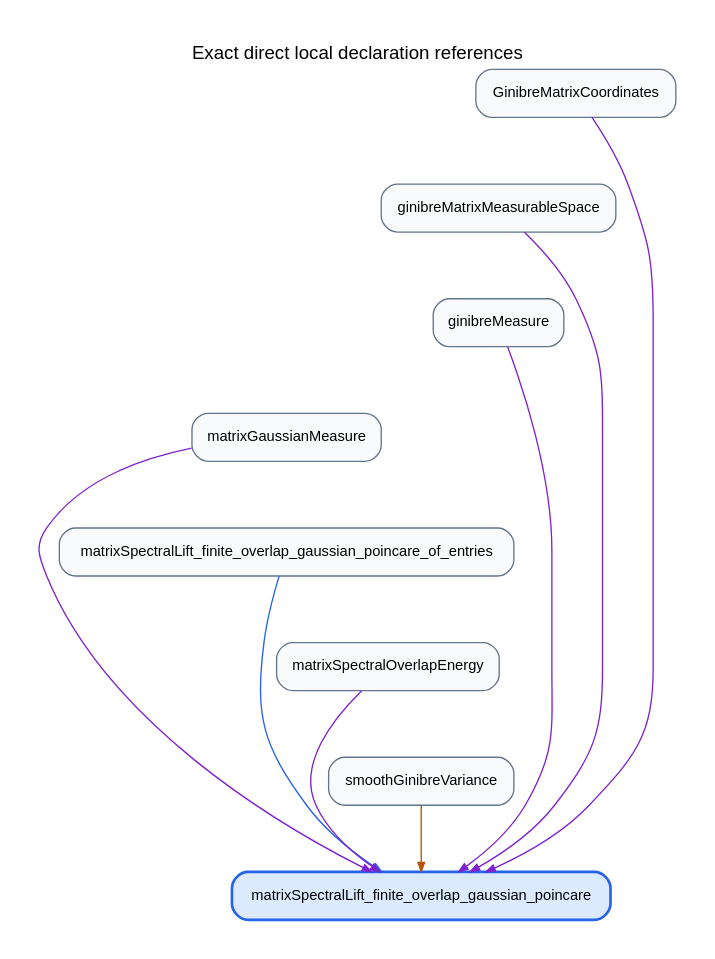
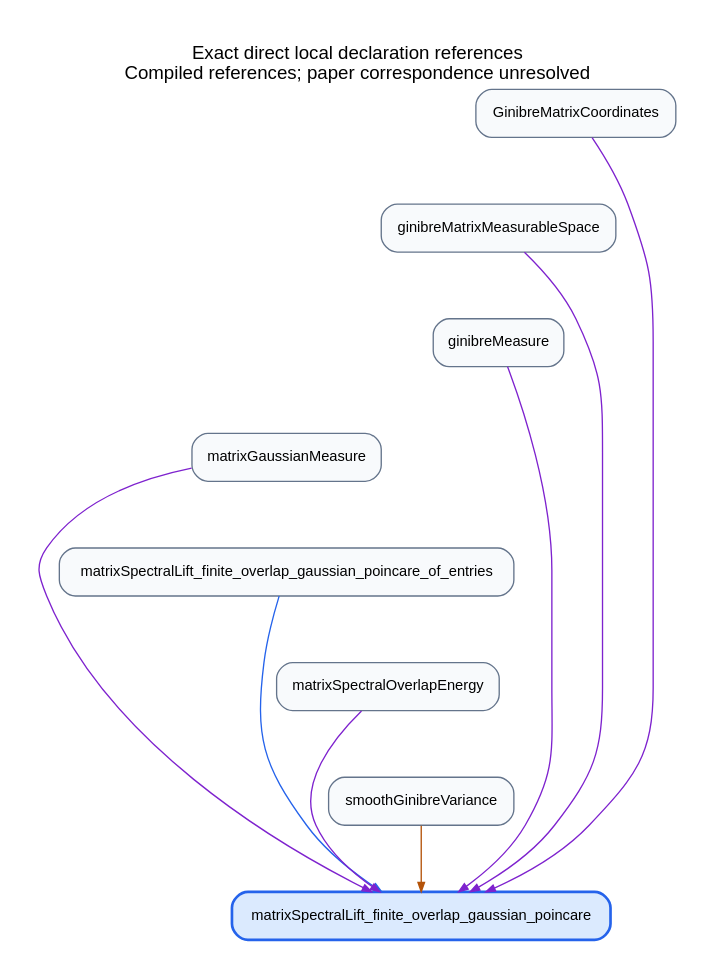
One commit to djalilchafai/ginibre-poincare changed the diagram in diagrams/formal-matrixSpectralLift_finite_overlap_gaussian_poincare.dot. Above: the diagram before and after it, drawn with Graphviz. The commit also changed 68 other files, not shown here.

Commit message:
Synchronize all documentation and dependency graphics with correspondence review

```diff
--- a/diagrams/formal-matrixSpectralLift_finite_overlap_gaussian_poincare.dot
+++ b/diagrams/formal-matrixSpectralLift_finite_overlap_gaussian_poincare.dot
@@ -1,27 +1,27 @@
 digraph formal_dependencies {
 rankdir=TB;
-graph [bgcolor="white", pad="0.3", nodesep="0.25", ranksep="0.7", label="Exact direct local declaration references", labelloc=t, fontname="sans-serif"];
+graph [bgcolor="white", pad="0.3", nodesep="0.25", ranksep="0.7", label="Exact direct local declaration references\nCompiled references; paper correspondence unresolved", labelloc=t, fontname="sans-serif"];
 node [shape=box, style="rounded,filled", fillcolor="#f8fafc", color="#64748b", fontname="sans-serif", fontsize=11];
 edge [arrowsize=0.7, fontname="sans-serif", fontsize=9];
 "GinibrePoincare.GinibreMatrixCoordinates" [label="GinibreMatrixCoordinates"];
 "GinibrePoincare.ginibreMatrixMeasurableSpace" [label="ginibreMatrixMeasurableSpace"];
 "GinibrePoincare.ginibreMeasure" [label="ginibreMeasure"];
 "GinibrePoincare.matrixGaussianMeasure" [label="matrixGaussianMeasure"];
 "GinibrePoincare.matrixSpectralLift_finite_overlap_gaussian_poincare" [label="matrixSpectralLift_finite_overlap_gaussian_poincare", fillcolor="#dbeafe", color="#2563eb", penwidth=2];
 "GinibrePoincare.matrixSpectralLift_finite_overlap_gaussian_poincare_of_entries" [label="matrixSpectralLift_finite_overlap_gaussian_poincare_of_entries"];
 "GinibrePoincare.matrixSpectralOverlapEnergy" [label="matrixSpectralOverlapEnergy"];
 "GinibrePoincare.smoothGinibreVariance" [label="smoothGinibreVariance"];
 "GinibrePoincare.GinibreMatrixCoordinates" -> "GinibrePoincare.matrixSpectralLift_finite_overlap_gaussian_poincare" [color="#7e22ce", tooltip="both"];
 "GinibrePoincare.ginibreMatrixMeasurableSpace" -> "GinibrePoincare.matrixSpectralLift_finite_overlap_gaussian_poincare" [color="#7e22ce", tooltip="both"];
 "GinibrePoincare.ginibreMeasure" -> "GinibrePoincare.matrixSpectralLift_finite_overlap_gaussian_poincare" [color="#7e22ce", tooltip="both"];
 "GinibrePoincare.matrixGaussianMeasure" -> "GinibrePoincare.matrixSpectralLift_finite_overlap_gaussian_poincare" [color="#7e22ce", tooltip="both"];
 "GinibrePoincare.matrixSpectralLift_finite_overlap_gaussian_poincare_of_entries" -> "GinibrePoincare.matrixSpectralLift_finite_overlap_gaussian_poincare" [color="#2563eb", tooltip="value"];
 "GinibrePoincare.matrixSpectralOverlapEnergy" -> "GinibrePoincare.matrixSpectralLift_finite_overlap_gaussian_poincare" [color="#7e22ce", tooltip="both"];
 "GinibrePoincare.smoothGinibreVariance" -> "GinibrePoincare.matrixSpectralLift_finite_overlap_gaussian_poincare" [color="#b45309", tooltip="type"];
 "GinibrePoincare.GinibreMatrixCoordinates" -> "GinibrePoincare.ginibreMatrixMeasurableSpace" [style=invis];
 "GinibrePoincare.ginibreMatrixMeasurableSpace" -> "GinibrePoincare.ginibreMeasure" [style=invis];
 "GinibrePoincare.ginibreMeasure" -> "GinibrePoincare.matrixGaussianMeasure" [style=invis];
 "GinibrePoincare.matrixGaussianMeasure" -> "GinibrePoincare.matrixSpectralLift_finite_overlap_gaussian_poincare_of_entries" [style=invis];
 "GinibrePoincare.matrixSpectralLift_finite_overlap_gaussian_poincare_of_entries" -> "GinibrePoincare.matrixSpectralOverlapEnergy" [style=invis];
 "GinibrePoincare.matrixSpectralOverlapEnergy" -> "GinibrePoincare.smoothGinibreVariance" [style=invis];
 }
```
